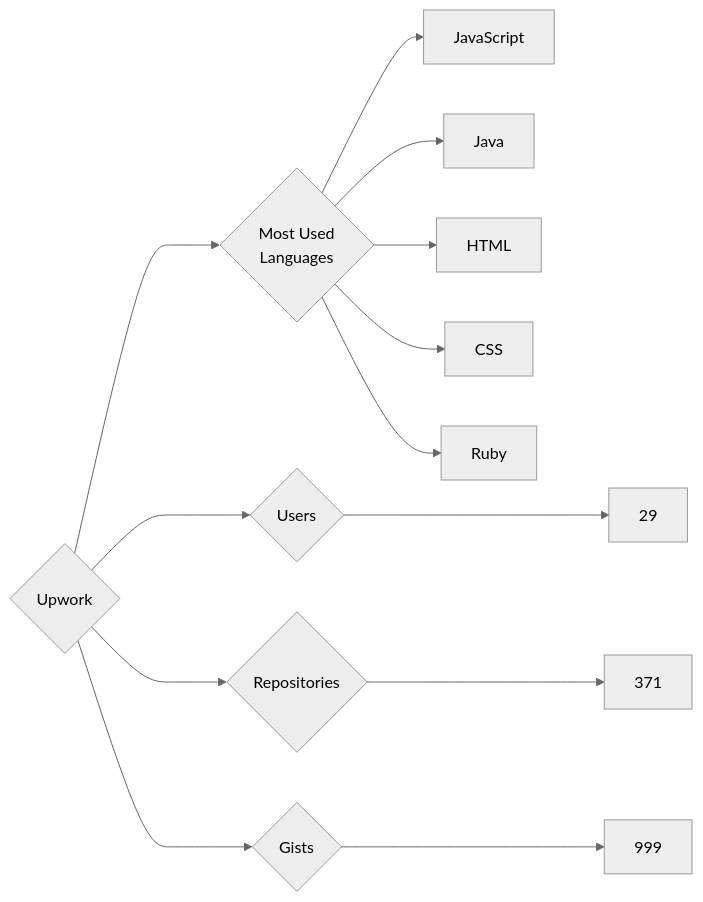
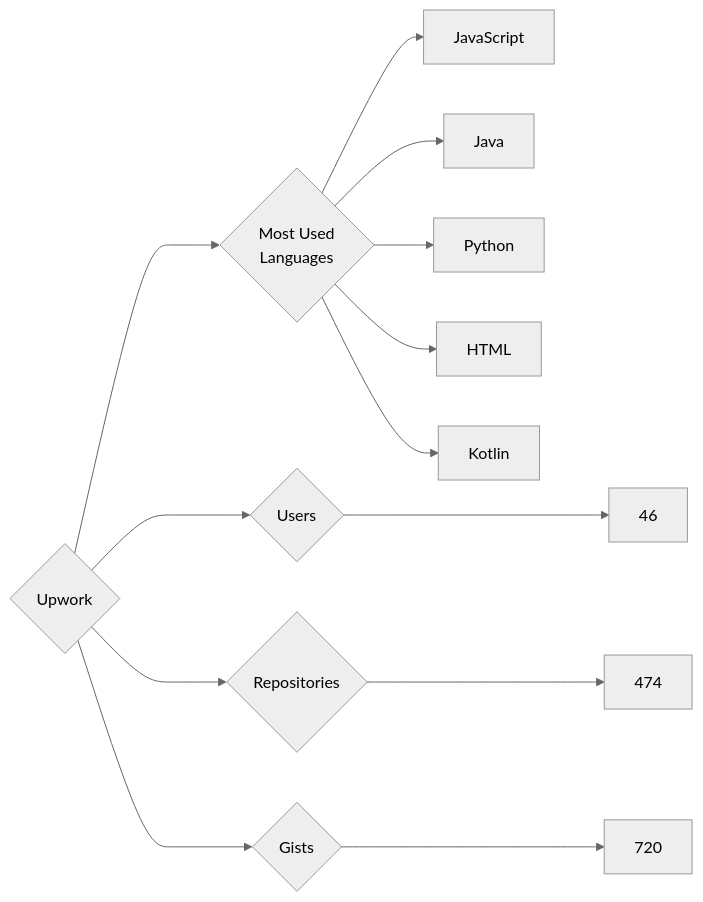
One commit to trickest/insiders changed the diagram in targets/Upwork/README.md. Above: the diagram before and after it, drawn with Mermaid (neutral theme). The commit also changed 953 other files, not shown here.

````diff
--- a/targets/Upwork/README.md
+++ b/targets/Upwork/README.md
@@ -3,13 +3,13 @@
 ```mermaid
 graph LR
 COMPANY_NAME{Upwork}
-COMPANY_NAME ---> U{Users} ---> UN[29]
-COMPANY_NAME ---> R{Repositories} ---> RN[371]
-COMPANY_NAME ---> G{Gists} ---> GN[999]
+COMPANY_NAME ---> U{Users} ---> UN[46]
+COMPANY_NAME ---> R{Repositories} ---> RN[474]
+COMPANY_NAME ---> G{Gists} ---> GN[720]
 COMPANY_NAME ---> ML{Most Used<br>Languages}
 ML --> JavaScript[JavaScript]
 ML --> Java[Java]
+ML --> Python[Python]
 ML --> HTML[HTML]
-ML --> CSS[CSS]
-ML --> Ruby[Ruby]
+ML --> Kotlin[Kotlin]
 ```
````
